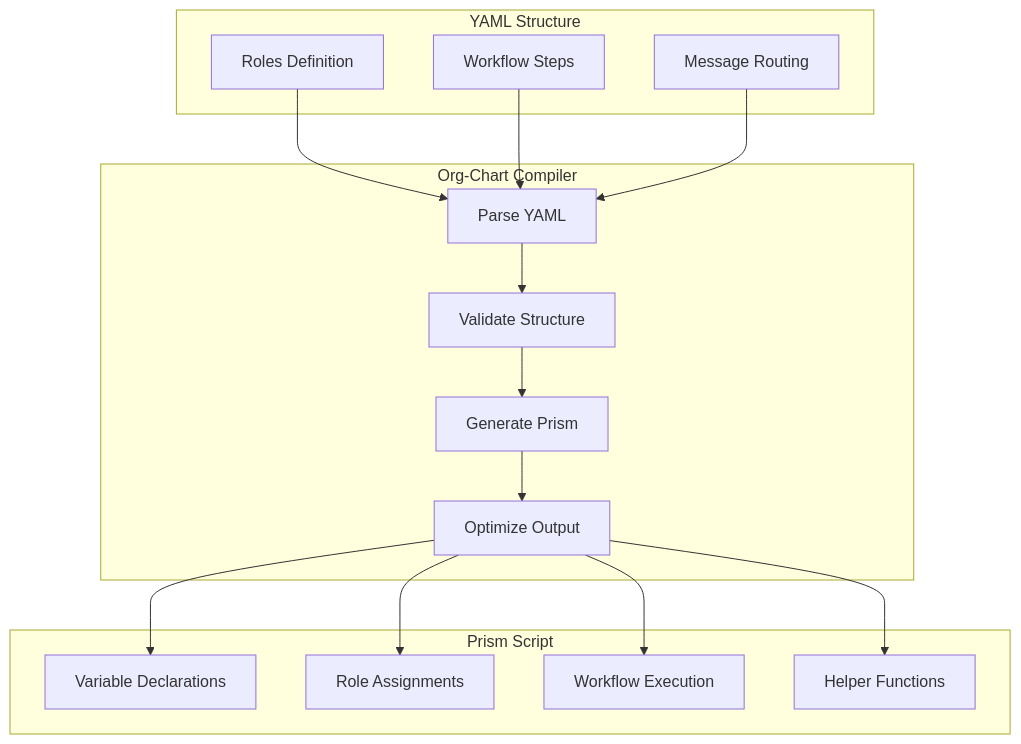
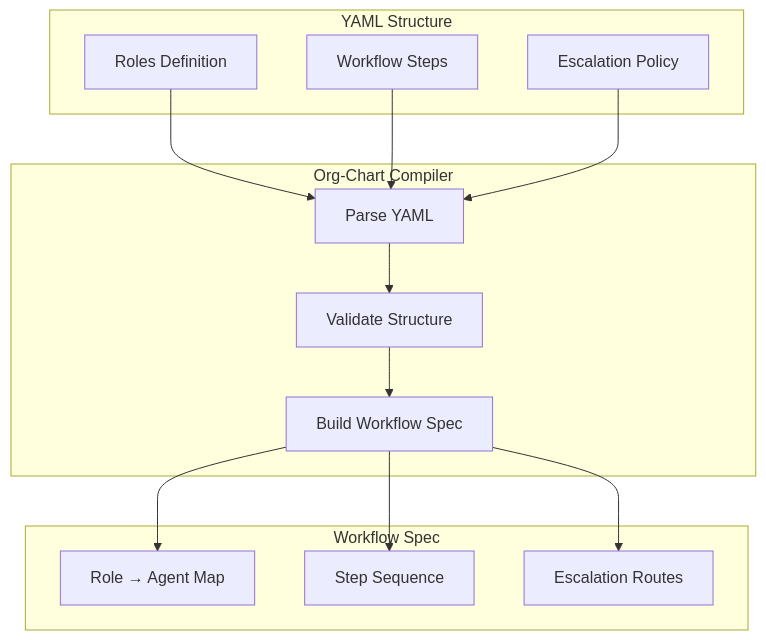
The second of 4 diagrams in apps/docs/docs/architecture/org-chart-flow.md (HaruHunab1320/parallax), drawn with Mermaid before and after one commit. The commit also changed other lines of this file and 33 other files, not shown here.

First line of the commit message:
docs: bring README, docs/, and docs site current with the architecture

````diff
--- a/apps/docs/docs/architecture/org-chart-flow.md
+++ b/apps/docs/docs/architecture/org-chart-flow.md
@@ -126,33 +126,29 @@
 ```mermaid
 flowchart TB
     subgraph Input["YAML Structure"]
         ROLES[Roles Definition]
         WORKFLOW[Workflow Steps]
-        ROUTING[Message Routing]
+        POLICY[Escalation Policy]
     end
 
     subgraph Compiler["Org-Chart Compiler"]
         PARSE[Parse YAML]
         VALIDATE[Validate Structure]
-        GENERATE[Generate Prism]
-        OPTIMIZE[Optimize Output]
+        BUILD[Build Workflow Spec]
     end
 
-    subgraph Output["Prism Script"]
-        VARS[Variable Declarations]
-        ASSIGNS[Role Assignments]
-        STEPS[Workflow Execution]
-        HELPERS[Helper Functions]
+    subgraph Output["Workflow Spec"]
+        RA[Role → Agent Map]
+        STEPS[Step Sequence]
+        ROUTES[Escalation Routes]
     end
 
     ROLES --> PARSE
     WORKFLOW --> PARSE
-    ROUTING --> PARSE
+    POLICY --> PARSE
     PARSE --> VALIDATE
-    VALIDATE --> GENERATE
-    GENERATE --> OPTIMIZE
-    OPTIMIZE --> VARS
-    OPTIMIZE --> ASSIGNS
-    OPTIMIZE --> STEPS
-    OPTIMIZE --> HELPERS
+    VALIDATE --> BUILD
+    BUILD --> RA
+    BUILD --> STEPS
+    BUILD --> ROUTES
 ```
````
